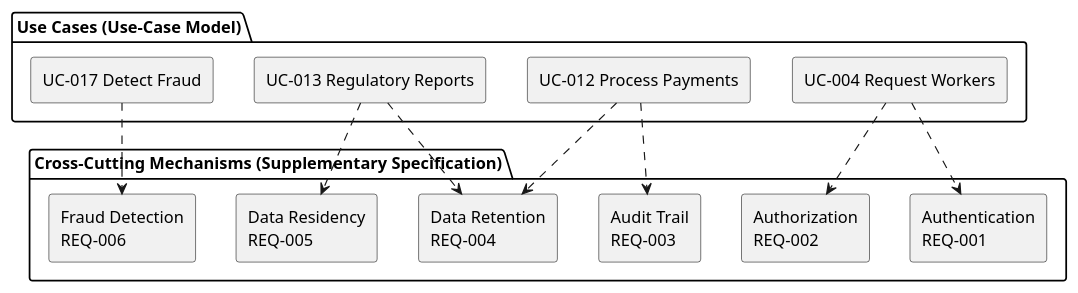
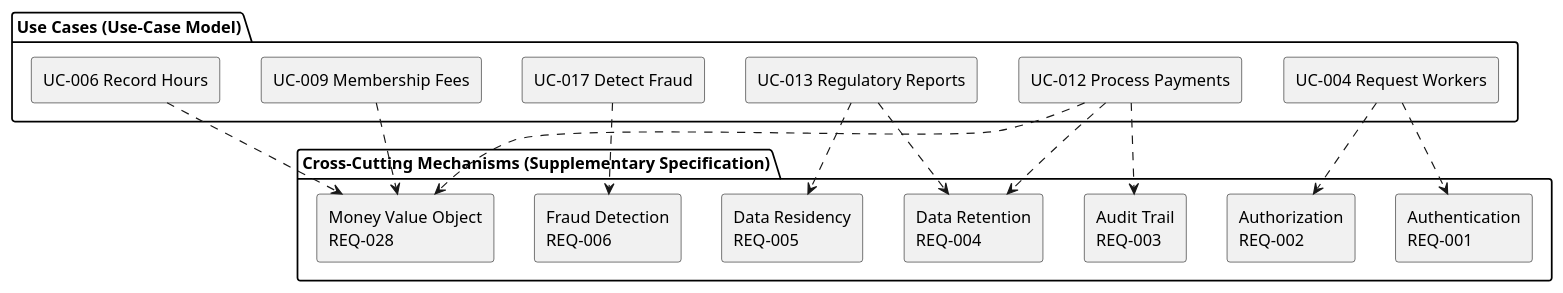
Before and after one commit to banense-test/trademe: the diagram in docs/artifacts/requirements/supplementary-specification.md, drawn with PlantUML. The commit also changed other lines of this file, not shown here.

````diff
--- a/docs/artifacts/requirements/supplementary-specification.md
+++ b/docs/artifacts/requirements/supplementary-specification.md
@@ -12,29 +12,35 @@
 ```plantuml
 @startuml
 skinparam componentStyle rectangle
 
 package "Cross-Cutting Mechanisms (Supplementary Specification)" {
   component "Authentication\nREQ-001" as Auth
   component "Authorization\nREQ-002" as Authz
   component "Audit Trail\nREQ-003" as Audit
   component "Data Retention\nREQ-004" as Retention
   component "Data Residency\nREQ-005" as Residency
   component "Fraud Detection\nREQ-006" as Fraud
+  component "Money Value Object\nREQ-028" as Money
 }
 
 package "Use Cases (Use-Case Model)" {
   component "UC-004 Request Workers" as UC4
+  component "UC-006 Record Hours" as UC6
+  component "UC-009 Membership Fees" as UC9
   component "UC-012 Process Payments" as UC12
   component "UC-013 Regulatory Reports" as UC13
   component "UC-017 Detect Fraud" as UC17
 }
 
 UC4 ..> Auth
 UC4 ..> Authz
+UC6 ..> Money
+UC9 ..> Money
 UC12 ..> Audit
 UC12 ..> Retention
+UC12 ..> Money
 UC13 ..> Retention
 UC13 ..> Residency
 UC17 ..> Fraud
 @enduml
 ```
````
